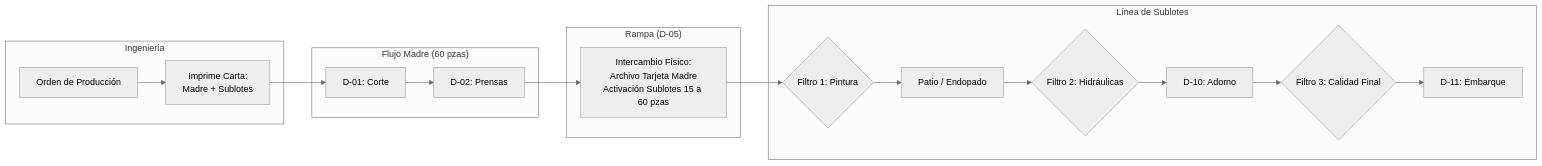
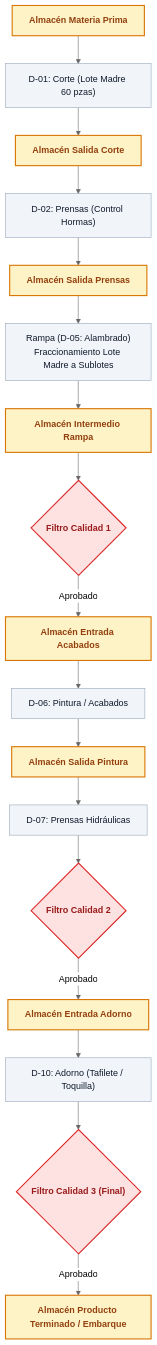
One commit to Uanify/uanify-mes-sombreros changed the diagram in docs/PROPUESTA_TECNICA_MVP_TOMBSTONE_MES.md. Above: the diagram before and after it, drawn with Mermaid (neutral theme). The commit also changed other lines of this file and 42 other files, not shown here.

Commit message:
docs: reestructura oficial, propuesta técnica v2.44.0 y diagrama de flujo por módulos

````diff
--- a/docs/PROPUESTA_TECNICA_MVP_TOMBSTONE_MES.md
+++ b/docs/PROPUESTA_TECNICA_MVP_TOMBSTONE_MES.md
@@ -51,24 +53,24 @@
 ```mermaid
-graph LR
-    subgraph INGENIERIA["Ingeniería"]
-        OP[Orden de Producción] --> IMP[Imprime Carta:\nMadre + Sublotes]
-    end
+graph TD
+    classDef dep fill:#F1F5F9,stroke:#94A3B8,stroke-width:1px,color:#0F172A;
+    classDef alm fill:#FEF3C7,stroke:#D97706,stroke-width:2px,color:#92400E,font-weight:bold;
+    classDef qual fill:#FEE2E2,stroke:#DC2626,stroke-width:2px,color:#991B1B,font-weight:bold;
 
-    subgraph PREPARACION["Flujo Madre (60 pzas)"]
-        IMP --> D01[D-01: Corte]
-        D01 --> D02[D-02: Prensas]
-    end
-
-    subgraph FRACCIONAMIENTO["Rampa (D-05)"]
-        D02 --> RAMPA[Intercambio Físico:\nArchivo Tarjeta Madre\nActivación Sublotes 15 a 60 pzas]
-    end
-
-    subgraph ACABADOS["Línea de Sublotes"]
-        RAMPA --> Q1{Filtro 1: Pintura}
-        Q1 --> D07[Patio / Endopado]
-        D07 --> Q2{Filtro 2: Hidráulicas}
-        Q2 --> D10[D-10: Adorno]
-        D10 --> Q3{Filtro 3: Calidad Final}
-        Q3 --> D11[D-11: Embarque]
-    end
+    A0["Almacén Materia Prima"]:::alm --> D1["D-01: Corte (Lote Madre 60 pzas)"]:::dep
+    D1 --> A1["Almacén Salida Corte"]:::alm
+    A1 --> D2["D-02: Prensas (Control Hormas)"]:::dep
+    D2 --> A2["Almacén Salida Prensas"]:::alm
+    A2 --> RAMPA["Rampa (D-05: Alambrado)\nFraccionamiento Lote Madre a Sublotes"]:::dep
+    RAMPA --> A_RAMPA["Almacén Intermedio Rampa"]:::alm
+    
+    A_RAMPA --> Q1{"Filtro Calidad 1"}:::qual
+    Q1 -->|Aprobado| A3["Almacén Entrada Acabados"]:::alm
+    A3 --> D6["D-06: Pintura / Acabados"]:::dep
+    D6 --> A4["Almacén Salida Pintura"]:::alm
+    A4 --> D7["D-07: Prensas Hidráulicas"]:::dep
+    D7 --> Q2{"Filtro Calidad 2"}:::qual
+    Q2 -->|Aprobado| A5["Almacén Entrada Adorno"]:::alm
+    A5 --> D10["D-10: Adorno (Tafilete / Toquilla)"]:::dep
+    D10 --> Q3{"Filtro Calidad 3 (Final)"}:::qual
+    Q3 -->|Aprobado| A_PT["Almacén Producto Terminado / Embarque"]:::alm
 ```
````
